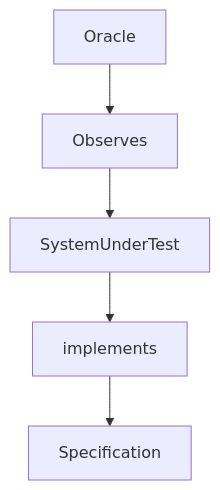
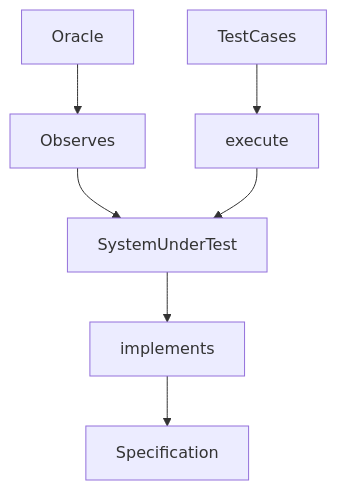
One commit to hajer78945/eng5 changed the diagram in README.md. Above: the diagram before and after it, drawn with Mermaid.

````diff
--- a/README.md
+++ b/README.md
@@ -123,6 +123,6 @@
 ```mermaid
 graph TD;
 	SystemUnderTest --> implements --> Specification
 	Oracle --> Observes --> SystemUnderTest
-    
+    TestCases --> execute --> SystemUnderTest
 ```
````
